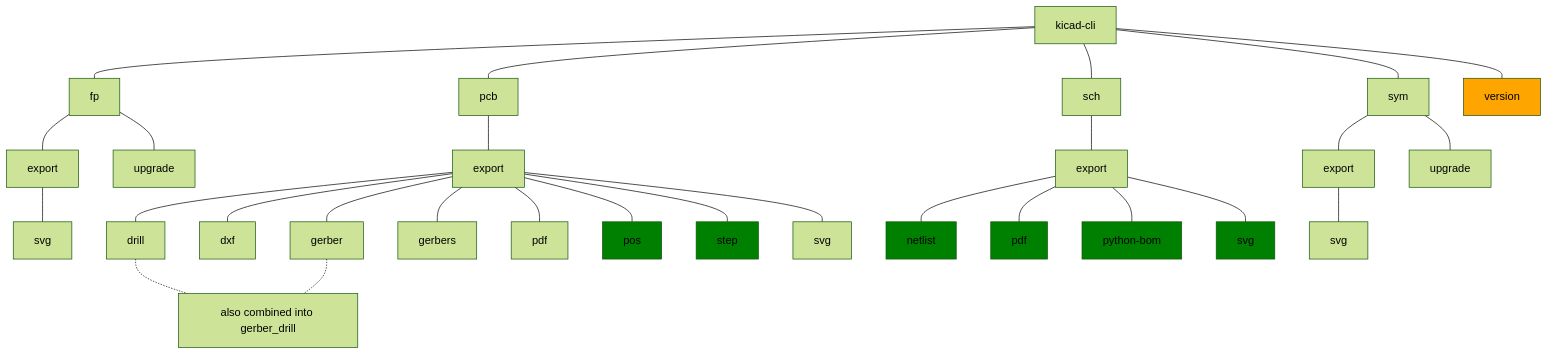
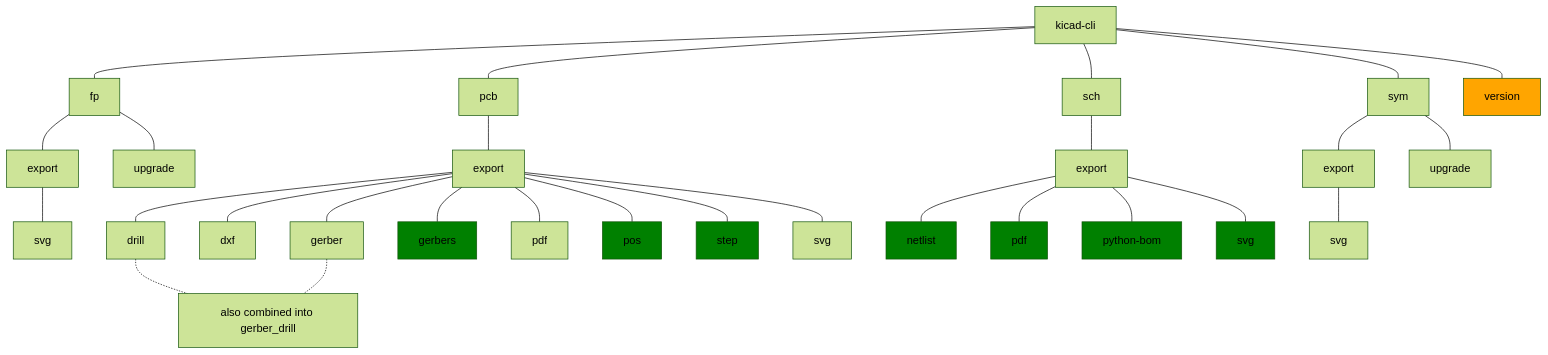
Before and after one commit to actions-for-kicad/generate-kicad-files: the first of 2 diagrams in README.md, drawn with Mermaid (forest theme). The commit also changed 2 other files, not shown here.

Commit message:
Updated readme and added gerber test

````diff
--- a/README.md
+++ b/README.md
@@ -5,57 +5,58 @@
 ```mermaid
 flowchart TD;
     main[kicad-cli]
     
     sub1[fp]
     sub1-1[export]
     sub1-1-1[svg]
     sub1-2[upgrade]
     
     sub2[pcb]
     sub2-1[export]
     sub2-1-1[drill]
     sub2-1-2[dxf]
     sub2-1-3[gerber]
     sub2-1-4[gerbers]
     sub2-1-5[pdf]
     sub2-1-6[pos]
     sub2-1-7[step]
     sub2-1-8[svg]
     
     sub3[sch]
     sub3-1[export]
     sub3-1-1[netlist]
     sub3-1-2[pdf]
     sub3-1-3[python-bom]
     sub3-1-4[svg]
     
     sub4[sym]
     sub4-1[export]
     sub4-1-1[svg]
     sub4-2[upgrade]
 
     sub5[version]
 
+    style sub2-1-4 fill:green
     style sub2-1-6 fill:green
     style sub2-1-7 fill:green
 
     style sub3-1-1 fill:green
     style sub3-1-2 fill:green
     style sub3-1-3 fill:green
     style sub3-1-4 fill:green
     style sub5 fill:orange
 
     main --- sub1 & sub2 & sub3 & sub4 & sub5
     
     sub1 --- sub1-1 & sub1-2
     sub1-1 --- sub1-1-1
     
     sub2 --- sub2-1 --- sub2-1-1 & sub2-1-2 & sub2-1-3 & sub2-1-4 & sub2-1-5 & sub2-1-6 & sub2-1-7 & sub2-1-8
 
     sub2-1-1 & sub2-1-3 -.- gerber_drill["also combined into gerber_drill"]
 
     sub3 --- sub3-1 --- sub3-1-1 & sub3-1-2 & sub3-1-3 & sub3-1-4
 
     sub4 --- sub4-1 & sub4-2
     sub4-1 --- sub4-1-1
 ```
````
